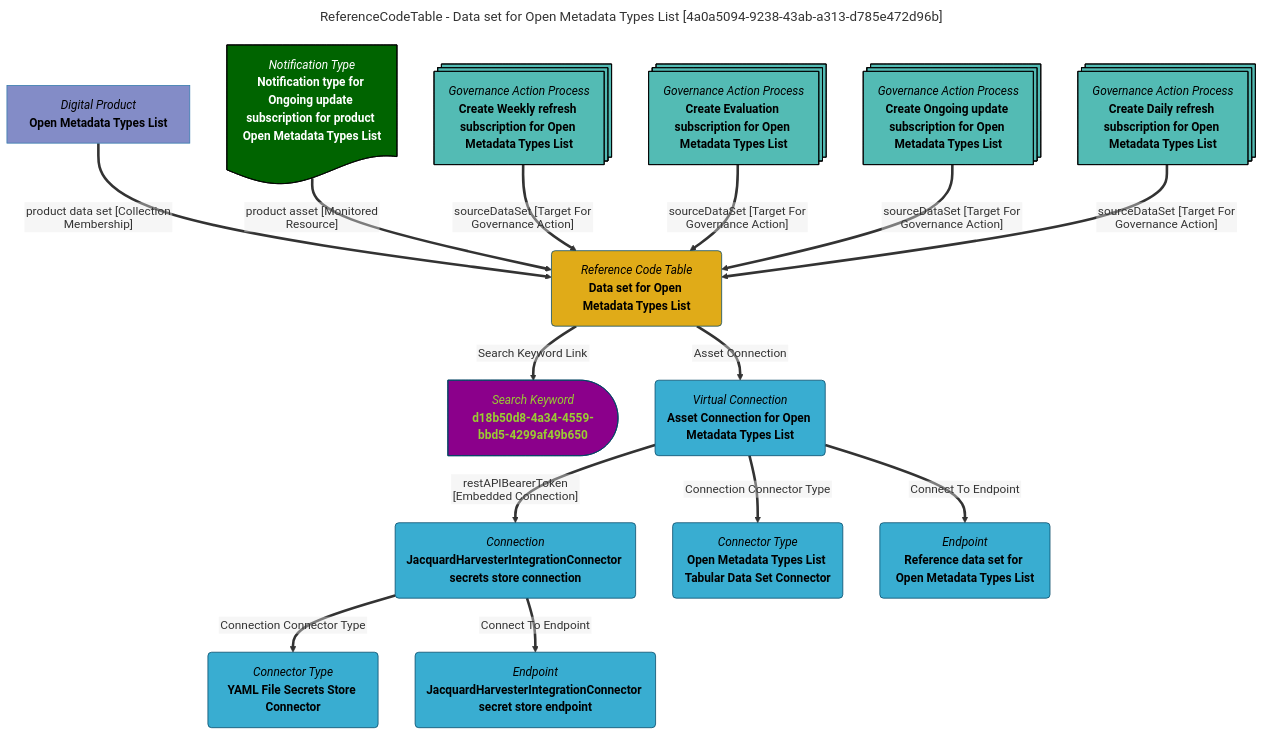
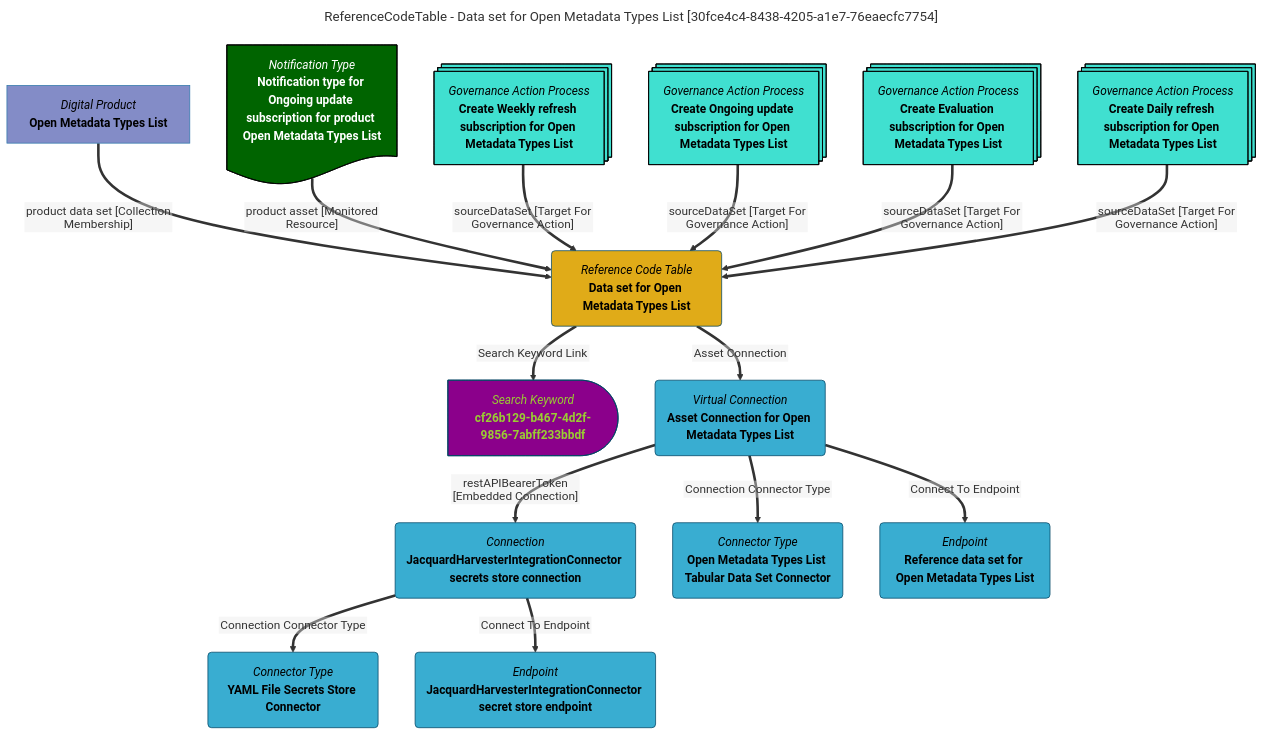
Before and after one commit to odpi/egeria-docs: the diagram in site/snippets/data-assets/data-set-for-open-metadata-types-list-mermaid-graph.md, drawn with Mermaid. The commit also changed 2201 other files, not shown here.

````diff
--- a/site/snippets/data-assets/data-set-for-open-metadata-types-list-mermaid-graph.md
+++ b/site/snippets/data-assets/data-set-for-open-metadata-types-list-mermaid-graph.md
@@ -1,63 +1,63 @@
 ```mermaid
 ---
-title: ReferenceCodeTable - Data set for Open Metadata Types List [4a0a5094-9238-43ab-a313-d785e472d96b]
+title: ReferenceCodeTable - Data set for Open Metadata Types List [30fce4c4-8438-4205-a1e7-76eaecfc7754]
 ---
 flowchart TD
 %%{init: {"flowchart": {"htmlLabels": false}} }%%
 
 1@{ shape: rounded, label: "*Reference Code Table*
 **Data set for Open Metadata Types List**"}
 2@{ shape: delay, label: "*Search Keyword*
-**d18b50d8-4a34-4559-bbd5-4299af49b650**"}
+**cf26b129-b467-4d2f-9856-7abff233bbdf**"}
 1==>|"Search Keyword Link"|2
 3@{ shape: rect, label: "*Digital Product*
 **Open Metadata Types List**"}
 3==>|"product data set [Collection Membership]"|1
 4@{ shape: rounded, label: "*Virtual Connection*
 **Asset Connection for Open Metadata Types List**"}
 1==>|"Asset Connection"|4
 5@{ shape: rounded, label: "*Connection*
 **JacquardHarvesterIntegrationConnector secrets store connection**"}
 4==>|"restAPIBearerToken [Embedded Connection]"|5
 6@{ shape: rounded, label: "*Connector Type*
 **YAML File Secrets Store Connector**"}
 5==>|"Connection Connector Type"|6
 7@{ shape: rounded, label: "*Endpoint*
 **JacquardHarvesterIntegrationConnector secret store endpoint**"}
 5==>|"Connect To Endpoint"|7
 8@{ shape: rounded, label: "*Connector Type*
 **Open Metadata Types List Tabular Data Set Connector**"}
 4==>|"Connection Connector Type"|8
 9@{ shape: rounded, label: "*Endpoint*
 **Reference data set for Open Metadata Types List**"}
 4==>|"Connect To Endpoint"|9
 10@{ shape: doc, label: "*Notification Type*
 **Notification type for Ongoing update subscription for product Open Metadata Types List**"}
 10==>|"product asset [Monitored Resource]"|1
 11@{ shape: processes, label: "*Governance Action Process*
 **Create Weekly refresh subscription for Open Metadata Types List**"}
 11==>|"sourceDataSet [Target For Governance Action]"|1
 12@{ shape: processes, label: "*Governance Action Process*
-**Create Evaluation subscription for Open Metadata Types List**"}
+**Create Ongoing update subscription for Open Metadata Types List**"}
 12==>|"sourceDataSet [Target For Governance Action]"|1
 13@{ shape: processes, label: "*Governance Action Process*
-**Create Ongoing update subscription for Open Metadata Types List**"}
+**Create Evaluation subscription for Open Metadata Types List**"}
 13==>|"sourceDataSet [Target For Governance Action]"|1
 14@{ shape: processes, label: "*Governance Action Process*
 **Create Daily refresh subscription for Open Metadata Types List**"}
 14==>|"sourceDataSet [Target For Governance Action]"|1
-style 11 color:#000000, fill:#53bbb4, stroke:#000000
-style 12 color:#000000, fill:#53bbb4, stroke:#000000
-style 13 color:#000000, fill:#53bbb4, stroke:#000000
-style 14 color:#000000, fill:#53bbb4, stroke:#000000
+style 11 color:#000000, fill:#40E0D0, stroke:#000000
+style 12 color:#000000, fill:#40E0D0, stroke:#000000
+style 13 color:#000000, fill:#40E0D0, stroke:#000000
+style 14 color:#000000, fill:#40E0D0, stroke:#000000
 style 1 color:#000000, fill:#e0ab18, stroke:#004563
-style 2 color:#9acd32, fill:#8b008b, stroke:#004563
+style 2 color:#9ACD32, fill:#8B008B, stroke:#004563
 style 3 color:#000000, fill:#838cc7, stroke:#3079ab
 style 4 color:#000000, fill:#39add1, stroke:#004563
 style 5 color:#000000, fill:#39add1, stroke:#004563
 style 6 color:#000000, fill:#39add1, stroke:#004563
 style 7 color:#000000, fill:#39add1, stroke:#004563
 style 8 color:#000000, fill:#39add1, stroke:#004563
 style 9 color:#000000, fill:#39add1, stroke:#004563
 style 10 color:#FFFFFF, fill:#006400, stroke:#000000
 ```
````
